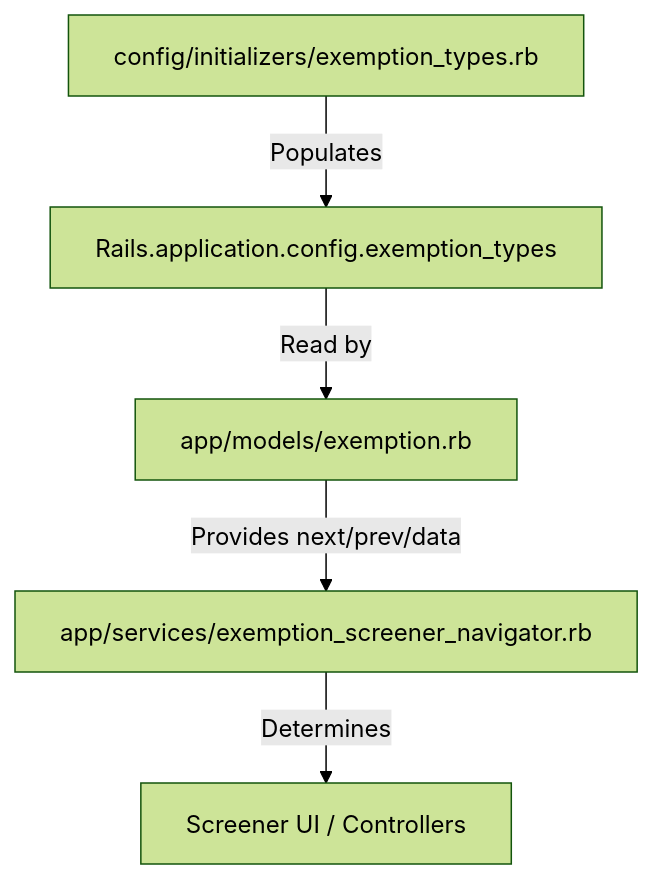
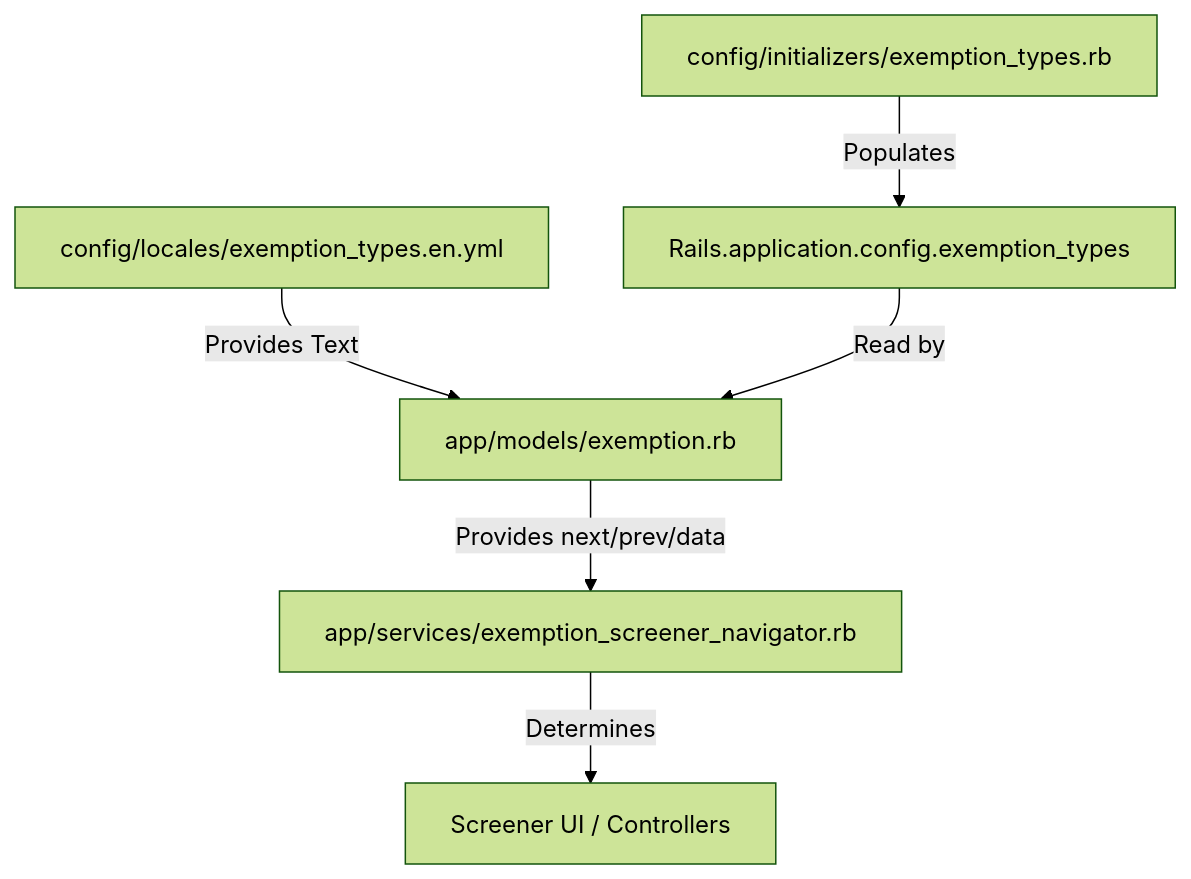
The diagram in docs/how-to-guides/configuring-exemption-screener.md (navapbc/oscer), drawn with Mermaid (forest theme) before and after one commit. The commit also changed other lines of this file, not shown here.

Commit message:
Update exemption config documentation

````diff
--- a/docs/how-to-guides/configuring-exemption-screener.md
+++ b/docs/how-to-guides/configuring-exemption-screener.md
@@ -93,7 +110,8 @@
 ```mermaid
 graph TD
     Config[config/initializers/exemption_types.rb] -->|Populates| AppConfig[Rails.application.config.exemption_types]
-    AppConfig -->|Read by| Model[app/models/exemption.rb]
+    Locale[config/locales/exemption_types.en.yml] -->|Provides Text| Model[app/models/exemption.rb]
+    AppConfig -->|Read by| Model
     Model -->|Provides next/prev/data| Navigator[app/services/exemption_screener_navigator.rb]
     Navigator -->|Determines| UI[Screener UI / Controllers]
 ```
````
